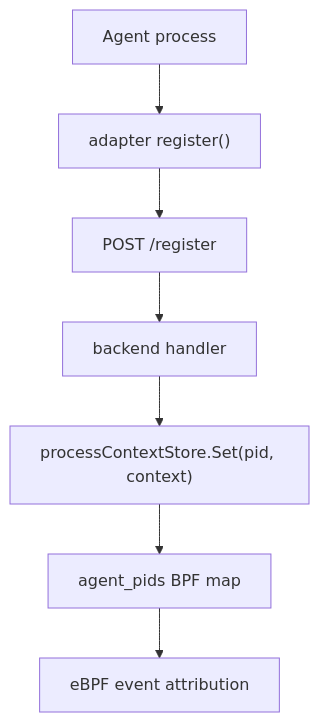
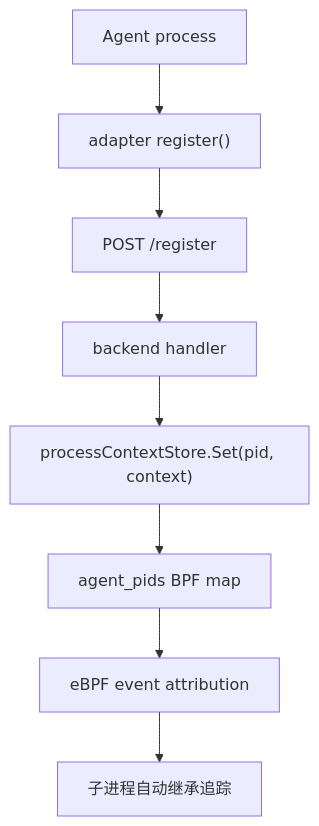
The first of 2 diagrams in docs/integrations/agents.md (stevessr/agent-ebpf-filter), drawn with Mermaid before and after one commit. The commit also changed other lines of this file and 42 other files, not shown here.

````diff
--- a/docs/integrations/agents.md
+++ b/docs/integrations/agents.md
@@ -12,9 +9,10 @@
 ```mermaid
 flowchart TD
     Agent["Agent process"] --> Adapter["adapter register()"]
     Adapter --> Register["POST /register"]
     Register --> Handler["backend handler"]
     Handler --> Store["processContextStore.Set(pid, context)"]
     Store --> Map["agent_pids BPF map"]
     Map --> Attribution["eBPF event attribution"]
+    Attribution --> Children["子进程自动继承追踪"]
 ```
````
